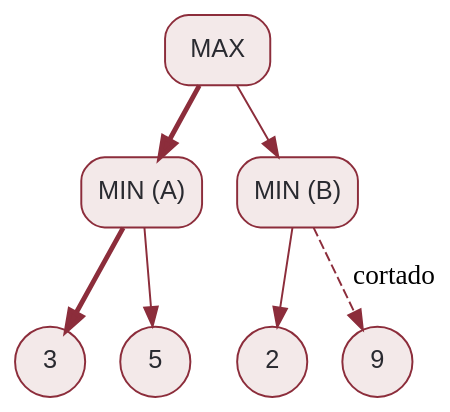
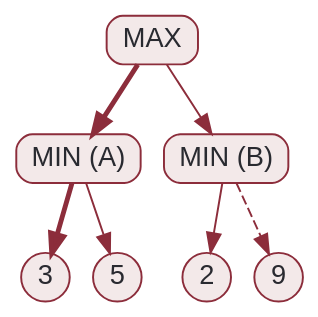
One commit to rodrgds/resumos changed the diagram in src/content/ia/minimax.dot. Above: the diagram before and after it, drawn with Graphviz. The commit also changed 29 other files, not shown here.

```diff
--- a/src/content/ia/minimax.dot
+++ b/src/content/ia/minimax.dot
@@ -1,18 +1,18 @@
 digraph Minimax {
-  graph [bgcolor="transparent", rankdir=TB, pad=0.2];
-  node [shape=box, style="rounded,filled", fillcolor="#f3e9e9", color="#8c2d3b", fontcolor="#292a30", fontname="Arial", fontsize=13];
+  graph [bgcolor="transparent", rankdir=TB, pad=0.12, nodesep=0.16];
+  node [shape=box, width=0.35, height=0.35, style="rounded,filled", fillcolor="#f3e9e9", color="#8c2d3b", fontcolor="#292a30", fontname="Arial", fontsize=14];
   edge [color="#8c2d3b"];
   raiz [label="MAX"];
   A [label="MIN (A)"];
   B [label="MIN (B)"];
-  n3 [label="3", shape=circle];
-  n5 [label="5", shape=circle];
-  n2 [label="2", shape=circle];
-  n9 [label="9", shape=circle];
+  n3 [label="3", shape=circle, fixedsize=true];
+  n5 [label="5", shape=circle, fixedsize=true];
+  n2 [label="2", shape=circle, fixedsize=true];
+  n9 [label="9", shape=circle, fixedsize=true];
   raiz -> A [penwidth=2.5];
   raiz -> B;
   A -> n3 [penwidth=2.5];
   A -> n5;
   B -> n2;
-  B -> n9 [style=dashed, label="cortado"];
+  B -> n9 [style=dashed];
 }
```
